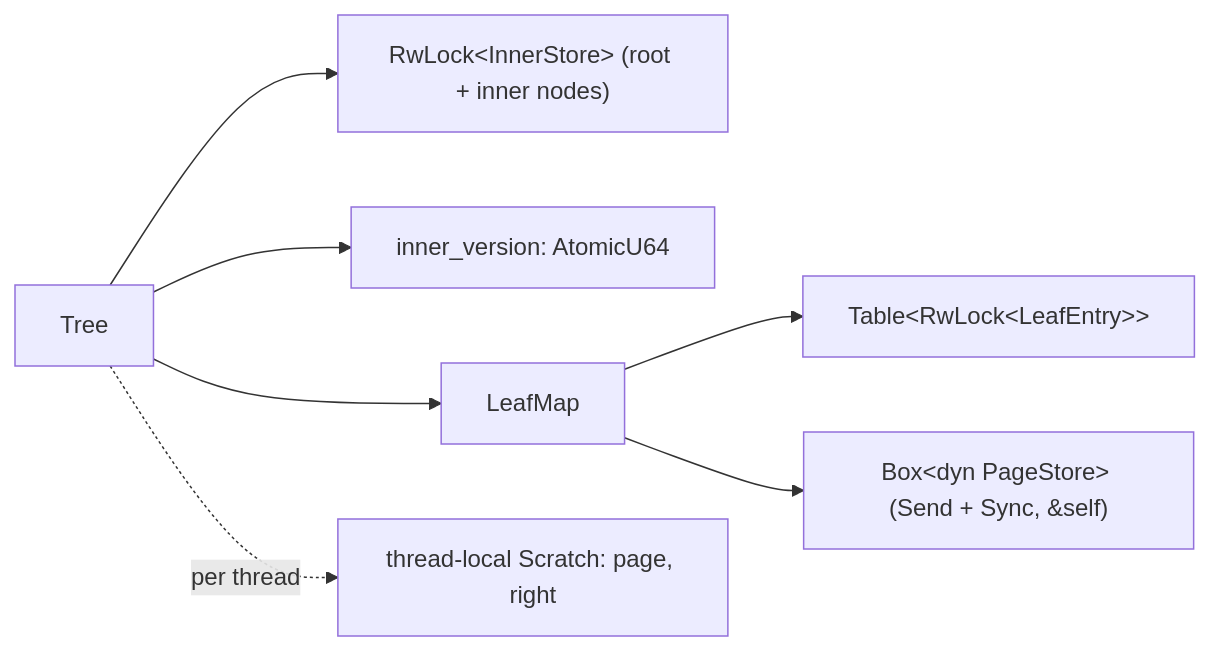
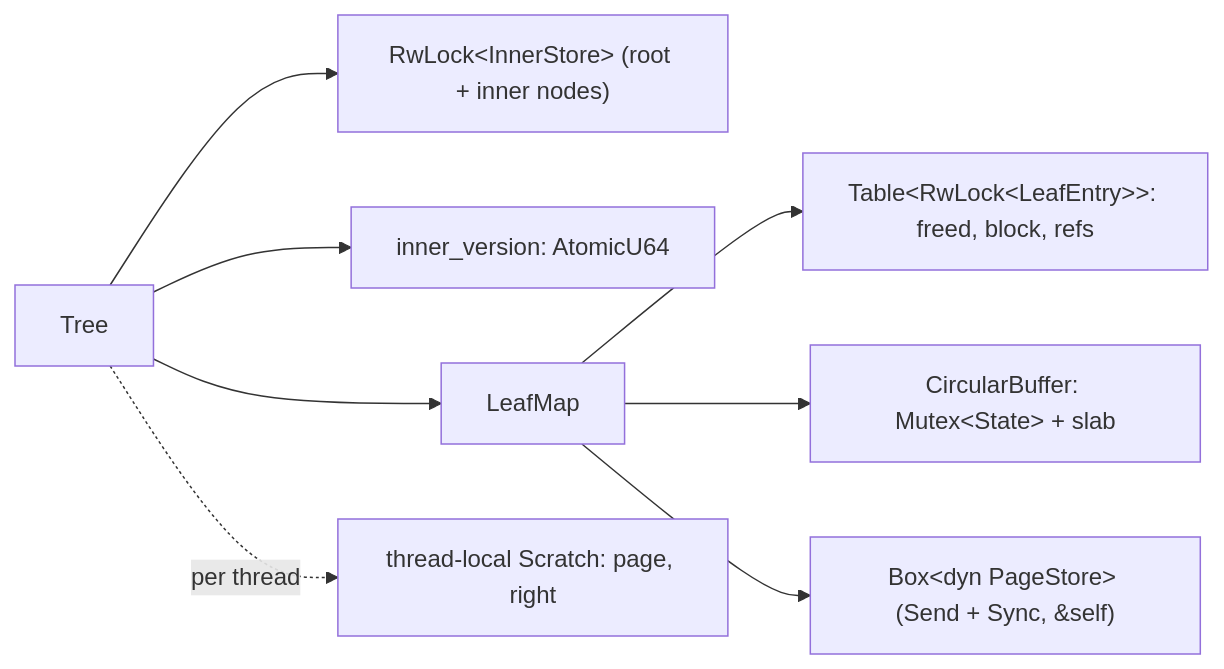
One commit to raydatray/peppydb changed the first of 3 diagrams in docs/design/bf-tree-concurrency.md. Above: the diagram before and after it, drawn with Mermaid. The commit also changed other lines of this file and 9 other files, not shown here.

````diff
--- a/docs/design/bf-tree-concurrency.md
+++ b/docs/design/bf-tree-concurrency.md
@@ -17,9 +19,10 @@
 ```mermaid
 flowchart LR
     Tree --> Inner["RwLock&lt;InnerStore&gt; (root + inner nodes)"]
     Tree --> V["inner_version: AtomicU64"]
     Tree --> Map["LeafMap"]
-    Map --> E["Table&lt;RwLock&lt;LeafEntry&gt;&gt;"]
+    Map --> E["Table&lt;RwLock&lt;LeafEntry&gt;&gt;: freed, block, refs"]
+    Map --> CB["CircularBuffer: Mutex&lt;State&gt; + slab"]
     Map --> PS["Box&lt;dyn PageStore&gt; (Send + Sync, &amp;self)"]
     Tree -. per thread .-> S["thread-local Scratch: page, right"]
 ```
````
